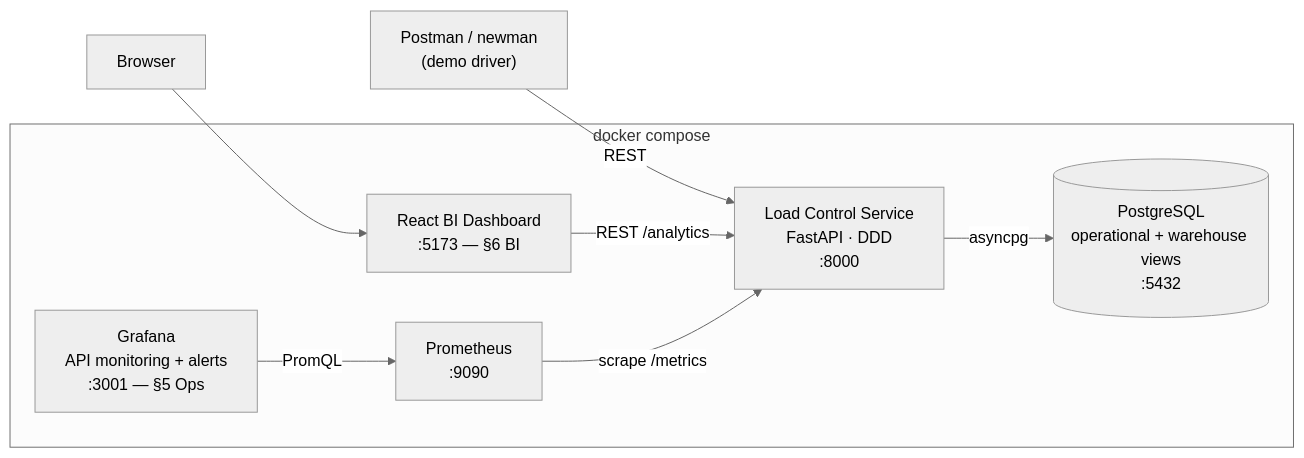
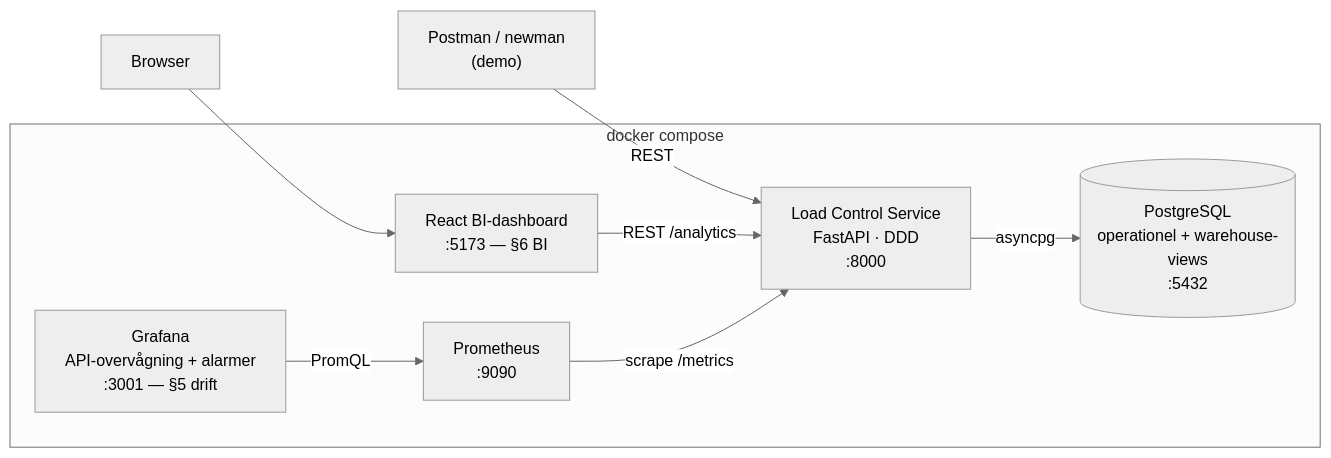
The diagram in README.md (corlicorli/voltedge-loadmanagementplatform), drawn with Mermaid (neutral theme) before and after one commit. The commit also changed other lines of this file, not shown here.

````diff
--- a/README.md
+++ b/README.md
@@ -58,18 +58,18 @@
 ```mermaid
 flowchart LR
-  PM["Postman / newman<br/>(demo driver)"]
+  PM["Postman / newman<br/>(demo)"]
   BR["Browser"]
   subgraph compose["docker compose"]
-    FE["React BI Dashboard<br/>:5173 — §6 BI"]
+    FE["React BI-dashboard<br/>:5173 — §6 BI"]
     BE["Load Control Service<br/>FastAPI · DDD<br/>:8000"]
-    PG[("PostgreSQL<br/>operational + warehouse views<br/>:5432")]
+    PG[("PostgreSQL<br/>operationel + warehouse-views<br/>:5432")]
     PR["Prometheus<br/>:9090"]
-    GR["Grafana<br/>API monitoring + alerts<br/>:3001 — §5 Ops"]
+    GR["Grafana<br/>API-overvågning + alarmer<br/>:3001 — §5 drift"]
   end
   PM -->|REST| BE
   BR --> FE
   FE -->|REST /analytics| BE
   BE -->|asyncpg| PG
   PR -->|scrape /metrics| BE
   GR -->|PromQL| PR
 ```
````
